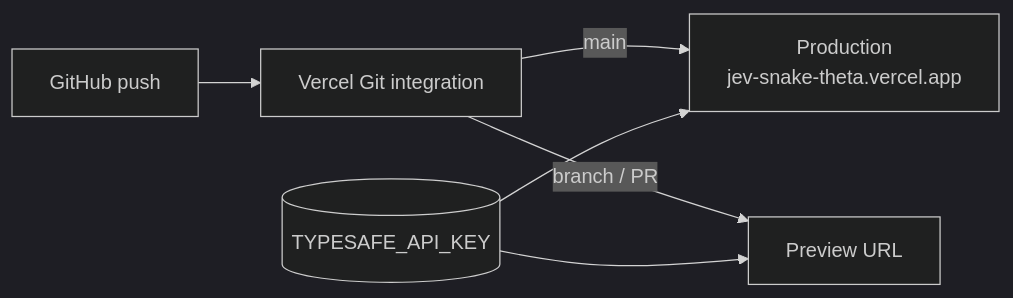
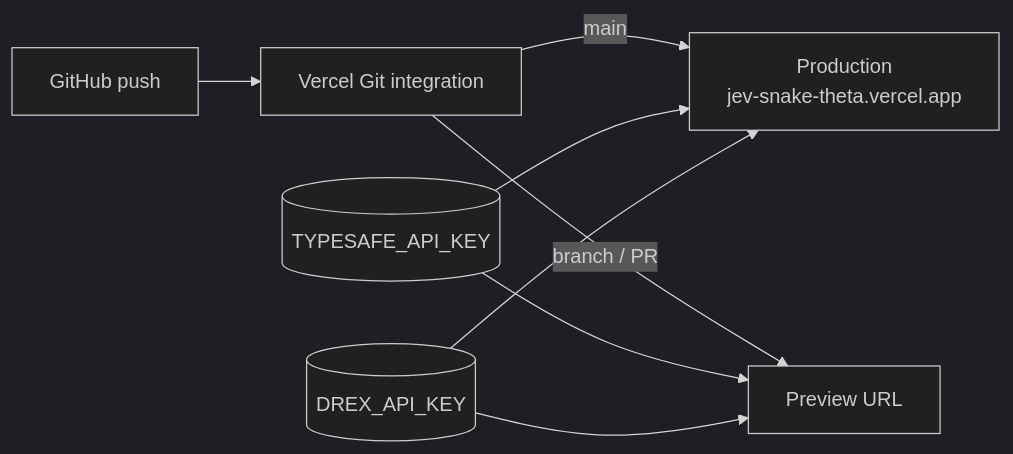
One commit to lalitsonawane/jev-snake changed the fourth of 4 diagrams in docs/architecture.md. Above: the diagram before and after it, drawn with Mermaid (dark theme). The commit also changed other lines of this file and 14 other files, not shown here.

````diff
--- a/docs/architecture.md
+++ b/docs/architecture.md
@@ -93,8 +109,10 @@
 ```mermaid
 flowchart LR
   GH[GitHub push] --> VH[Vercel Git integration]
   VH -->|main| Prod[Production<br/>jev-snake-theta.vercel.app]
   VH -->|branch / PR| Prev[Preview URL]
-  Env[(TYPESAFE_API_KEY)] --> Prod
-  Env --> Prev
+  EnvJ[(TYPESAFE_API_KEY)] --> Prod
+  EnvD[(DREX_API_KEY)] --> Prod
+  EnvJ --> Prev
+  EnvD --> Prev
 ```
````
